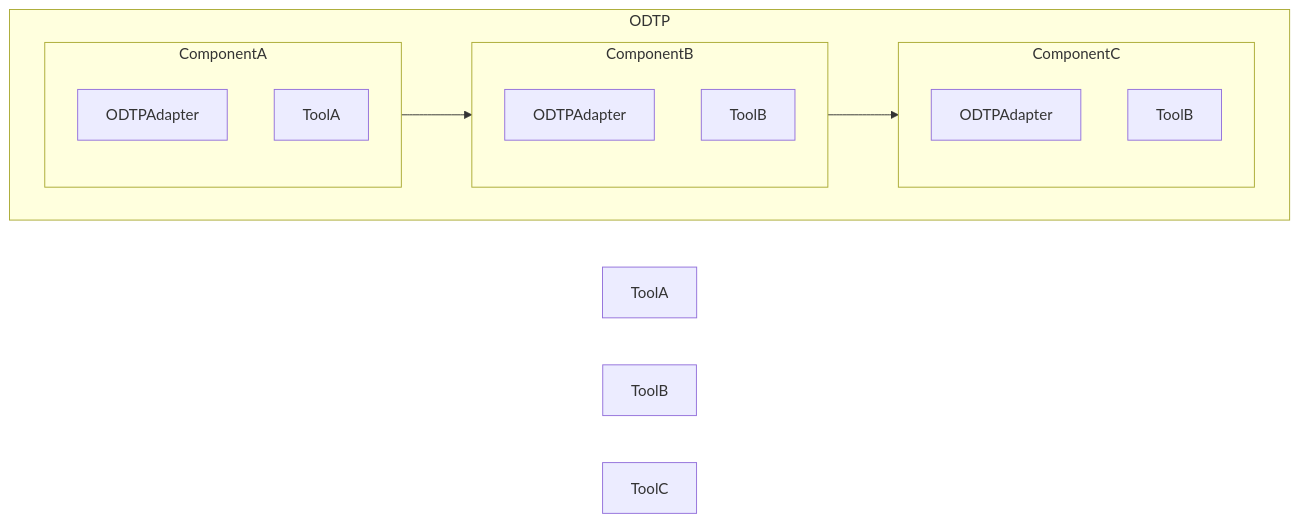
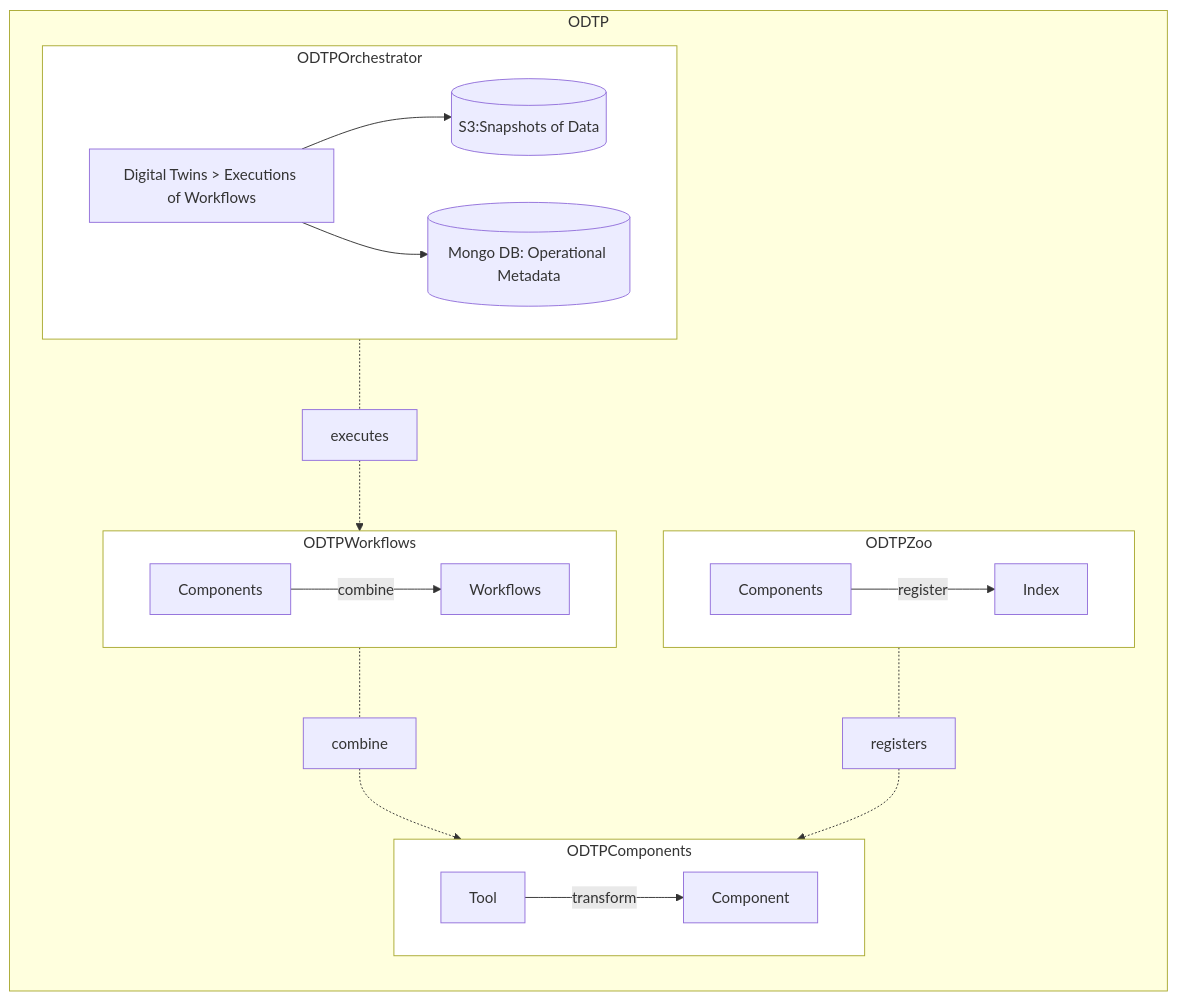
Before and after one commit to odtp-org/odtp-manuals: the diagram in docs/home/index.md, drawn with Mermaid. The commit also changed other lines of this file, not shown here.

````diff
--- a/docs/home/index.md
+++ b/docs/home/index.md
@@ -43,23 +25,29 @@
 ``` mermaid
 graph RL;
     subgraph ODTP     
-        direction LR
-        ODTPComponentA --> ODTPComponentB
-        ODTPComponentB --> ODTPComponentC
-        subgraph ODTPComponentA[ComponentA]
-            AAdapter[ODTPAdapter]
-            ATool[ToolA]
+        direction TB
+        ODTPWorkflows -.- combine -.-> ODTPComponents
+        ODTPOrchestrator -.- executes -.-> ODTPWorkflows
+        ODTPZoo -.- registers -.-> ODTPComponents
+        subgraph ODTPComponents
+            A1[Tool] -- transform --> A2[Component]
         end
-        subgraph ODTPComponentB[ComponentB]
-            BAdapter[ODTPAdapter]
-            BTool[ToolB]
+        subgraph ODTPWorkflows
+            B1[Components] -- combine --> B2[Workflows]
         end
-        subgraph ODTPComponentC[ComponentC]
-            CAdapter[ODTPAdapter]
-            CTool[ToolB]
-        end  
+        subgraph ODTPOrchestrator
+            C1[Digital Twins > Executions of Workflows]
+            C2[(S3:Snapshots of Data)]
+            C3[(Mongo DB: Operational Metadata)]
+            C1 --> C2
+            C1 --> C3
+        end
+        subgraph ODTPZoo
+            D1[Components] -- register --> D2[Index]
+        end           
     end
-    ToolA
-    ToolB
-    ToolC
+style ODTPComponents fill:white
+style ODTPWorkflows fill:white
+style ODTPOrchestrator fill:white
+style ODTPZoo fill:white 
 ``` 
````
